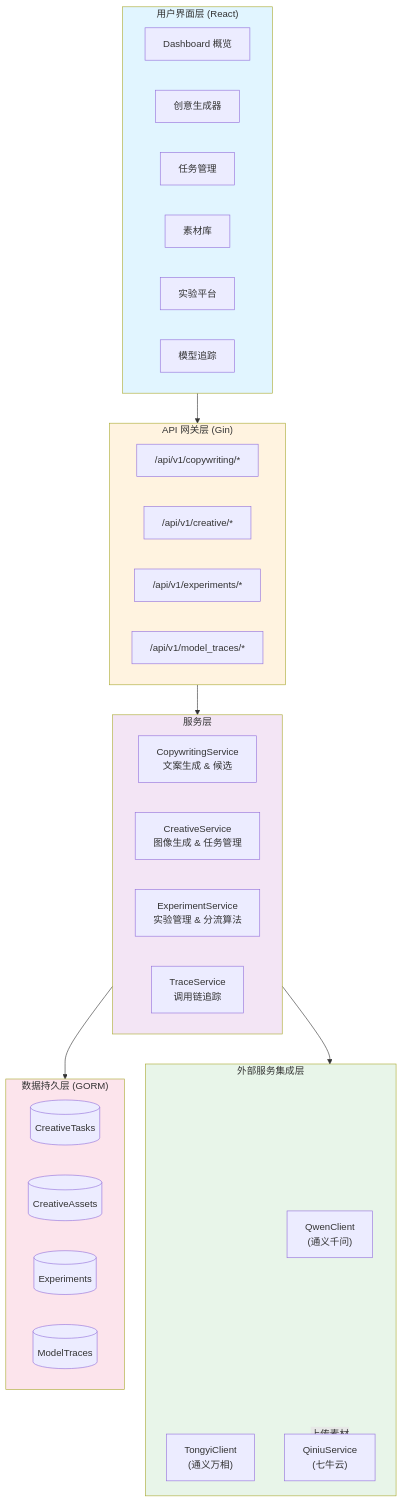
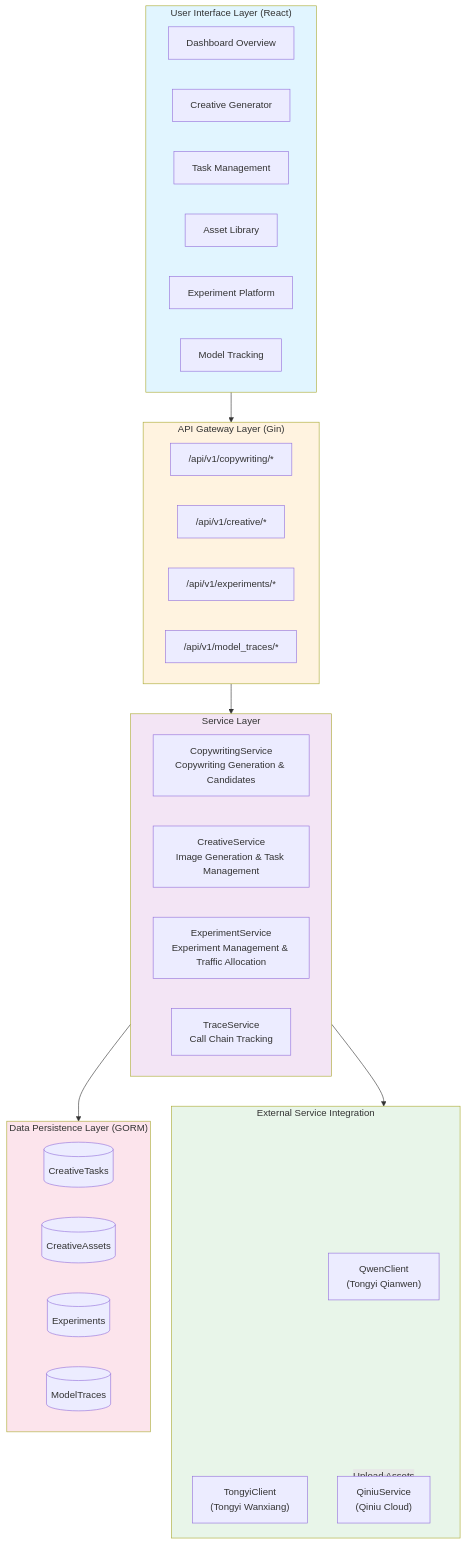
One commit to NEDONION/ads-creative-gen-platform changed the second of 7 diagrams in README.md. Above: the diagram before and after it, drawn with Mermaid. The commit also changed other lines of this file and 1 other file, not shown here.

````diff
--- a/README.md
+++ b/README.md
@@ -203,50 +205,50 @@
 ```mermaid
 graph TB
-    subgraph UI["用户界面层 (React)"]
-        Dashboard[Dashboard 概览]
-        Creative[创意生成器]
-        Tasks[任务管理]
-        Assets[素材库]
-        Experiments[实验平台]
-        Traces[模型追踪]
+    subgraph UI["User Interface Layer (React)"]
+        Dashboard[Dashboard Overview]
+        Creative[Creative Generator]
+        Tasks[Task Management]
+        Assets[Asset Library]
+        Experiments[Experiment Platform]
+        Traces[Model Tracking]
     end
 
-    subgraph API["API 网关层 (Gin)"]
+    subgraph API["API Gateway Layer (Gin)"]
         CopyAPI["/api/v1/copywriting/*"]
         CreativeAPI["/api/v1/creative/*"]
         ExpAPI["/api/v1/experiments/*"]
         TraceAPI["/api/v1/model_traces/*"]
     end
 
-    subgraph Services["服务层"]
-        CopyService["CopywritingService<br/>文案生成 & 候选"]
-        CreativeService["CreativeService<br/>图像生成 & 任务管理"]
-        ExpService["ExperimentService<br/>实验管理 & 分流算法"]
-        TraceService["TraceService<br/>调用链追踪"]
+    subgraph Services["Service Layer"]
+        CopyService["CopywritingService<br/>Copywriting Generation & Candidates"]
+        CreativeService["CreativeService<br/>Image Generation & Task Management"]
+        ExpService["ExperimentService<br/>Experiment Management & Traffic Allocation"]
+        TraceService["TraceService<br/>Call Chain Tracking"]
     end
 
-    subgraph External["外部服务集成层"]
-        Qwen["QwenClient<br/>(通义千问)"]
-        Tongyi["TongyiClient<br/>(通义万相)"]
-        Qiniu["QiniuService<br/>(七牛云)"]
+    subgraph External["External Service Integration"]
+        Qwen["QwenClient<br/>(Tongyi Qianwen)"]
+        Tongyi["TongyiClient<br/>(Tongyi Wanxiang)"]
+        Qiniu["QiniuService<br/>(Qiniu Cloud)"]
     end
 
-    subgraph DB["数据持久层 (GORM)"]
+    subgraph DB["Data Persistence Layer (GORM)"]
         TaskTable[(CreativeTasks)]
         AssetTable[(CreativeAssets)]
         ExpTable[(Experiments)]
         TraceTable[(ModelTraces)]
     end
 
     UI --> API
     API --> Services
     Services --> External
     Services --> DB
-    External -.上传素材.-> Qiniu
+    External -.Upload Assets.-> Qiniu
 
     style UI fill:#e1f5ff
     style API fill:#fff3e0
     style Services fill:#f3e5f5
     style External fill:#e8f5e9
     style DB fill:#fce4ec
 ```
````
